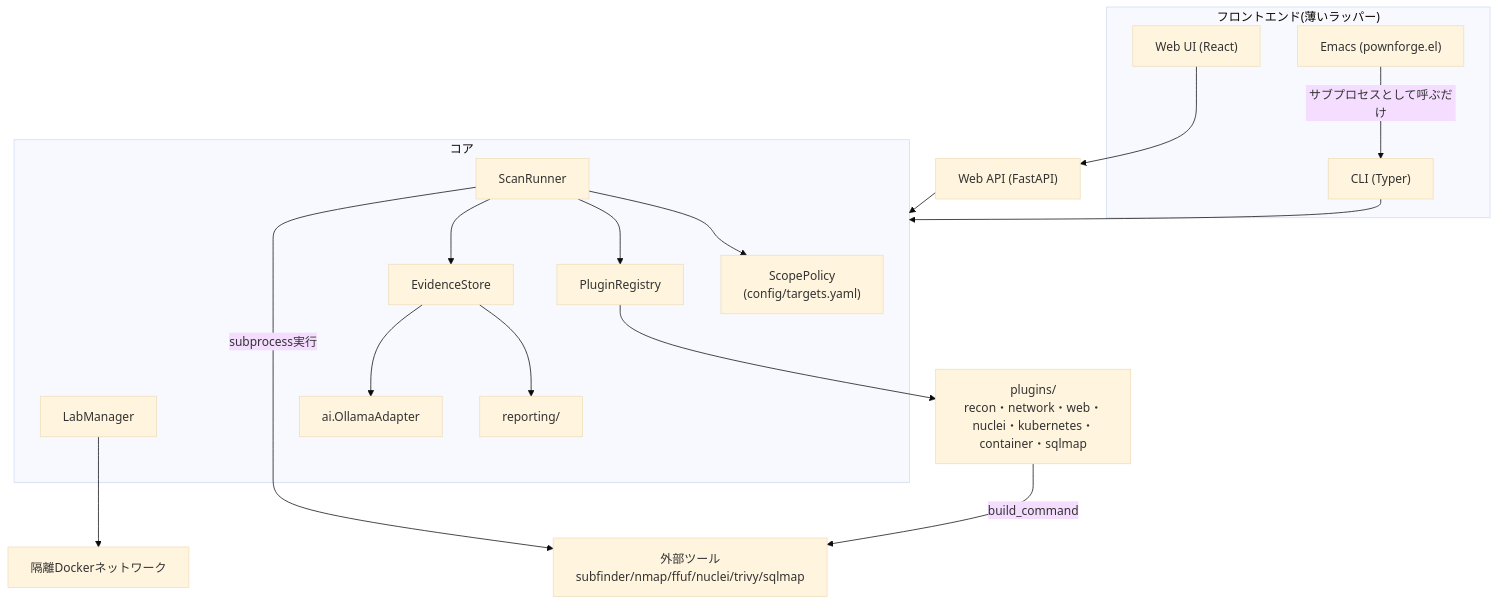
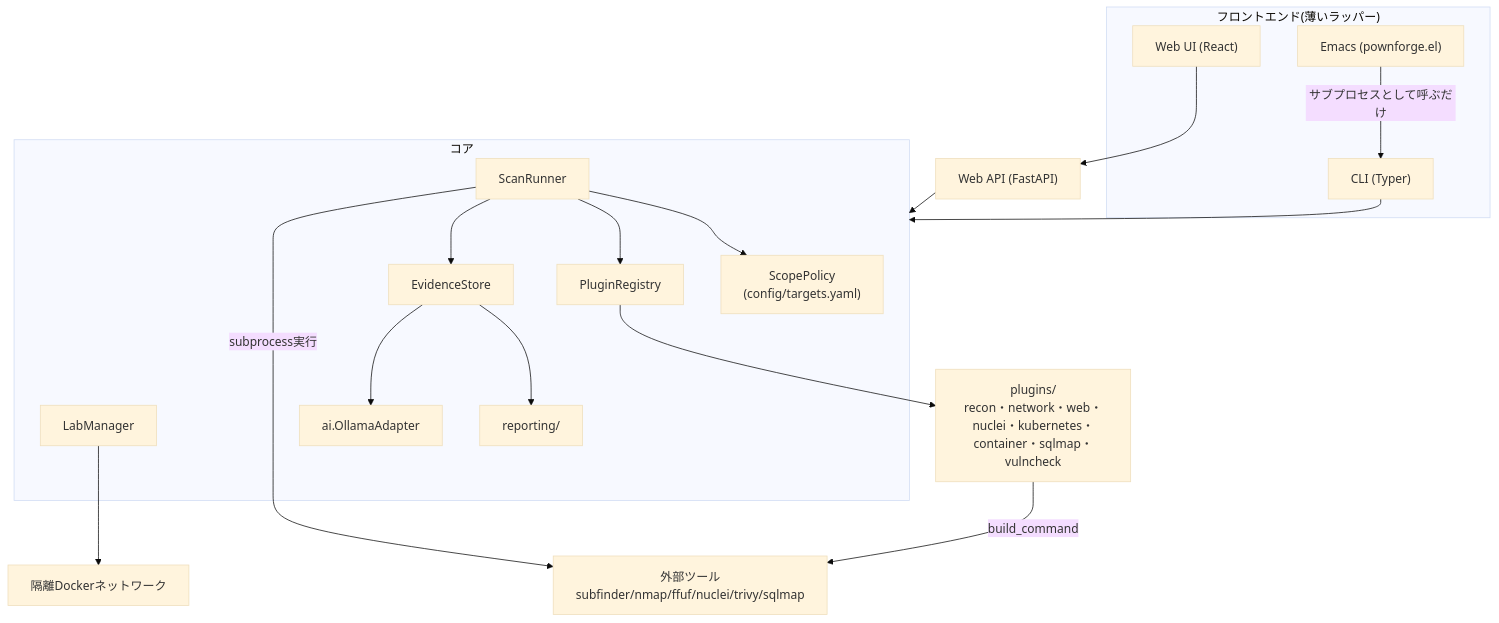
One commit to ac1965/PownForge changed the first of 6 diagrams in docs/handbook.md. Above: the diagram before and after it, drawn with Mermaid (base theme). The commit also changed other lines of this file and 5 other files, not shown here.

First line of the commit message:
feat(plugins): 単一対象への既知CVE検証プラグイン(vulncheck)を追加

````diff
--- a/docs/handbook.md
+++ b/docs/handbook.md
@@ -54,34 +54,34 @@
 ```mermaid
 graph TD
     subgraph FrontEnds["フロントエンド(薄いラッパー)"]
         CLI["CLI (Typer)"]
         WebUI["Web UI (React)"]
         Emacs["Emacs (pownforge.el)"]
     end
     WebAPI["Web API (FastAPI)"]
 
     CLI --> Core
     WebUI --> WebAPI
     WebAPI --> Core
     Emacs -- "サブプロセスとして呼ぶだけ" --> CLI
 
     subgraph Core["コア"]
         ScopePolicy["ScopePolicy<br/>(config/targets.yaml)"]
         Registry["PluginRegistry"]
         Runner["ScanRunner"]
         Lab["LabManager"]
         Evidence["EvidenceStore"]
         Reporting["reporting/"]
         AI["ai.OllamaAdapter"]
     end
 
     Runner --> ScopePolicy
     Runner --> Registry
     Runner --> Evidence
-    Registry --> Plugins["plugins/<br/>recon・network・web・nuclei・kubernetes・container・sqlmap"]
+    Registry --> Plugins["plugins/<br/>recon・network・web・nuclei・kubernetes・container・sqlmap・vulncheck"]
     Plugins -- "build_command" --> ExtTools["外部ツール<br/>subfinder/nmap/ffuf/nuclei/trivy/sqlmap"]
     Runner -- "subprocess実行" --> ExtTools
     Evidence --> Reporting
     Evidence --> AI
     Lab --> Docker["隔離Dockerネットワーク"]
 ```
````
